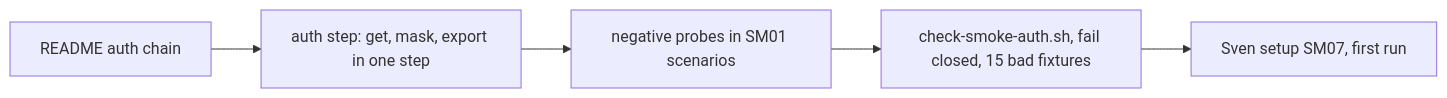
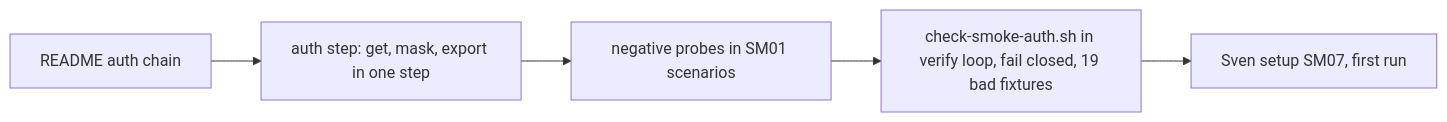
Before and after one commit to svennijhuis/agentic-workflows: the second of 2 diagrams in docs/pbi/smoke/SM04.md, drawn with Mermaid. The commit also changed other lines of this file and 6 other files, not shown here.

````diff
--- a/docs/pbi/smoke/SM04.md
+++ b/docs/pbi/smoke/SM04.md
@@ -112,7 +122,7 @@
 ```mermaid
 flowchart LR
   S1[README auth chain] --> S2[auth step: get, mask, export in one step]
   S2 --> S3[negative probes in SM01 scenarios]
-  S3 --> S4[check-smoke-auth.sh, fail closed, 15 bad fixtures]
+  S3 --> S4[check-smoke-auth.sh in verify loop, fail closed, 19 bad fixtures]
   S4 --> S5[Sven setup SM07, first run]
 ```
````
